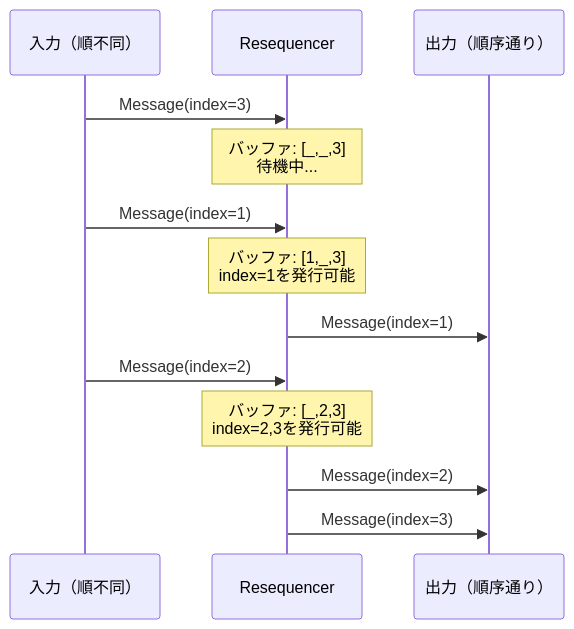
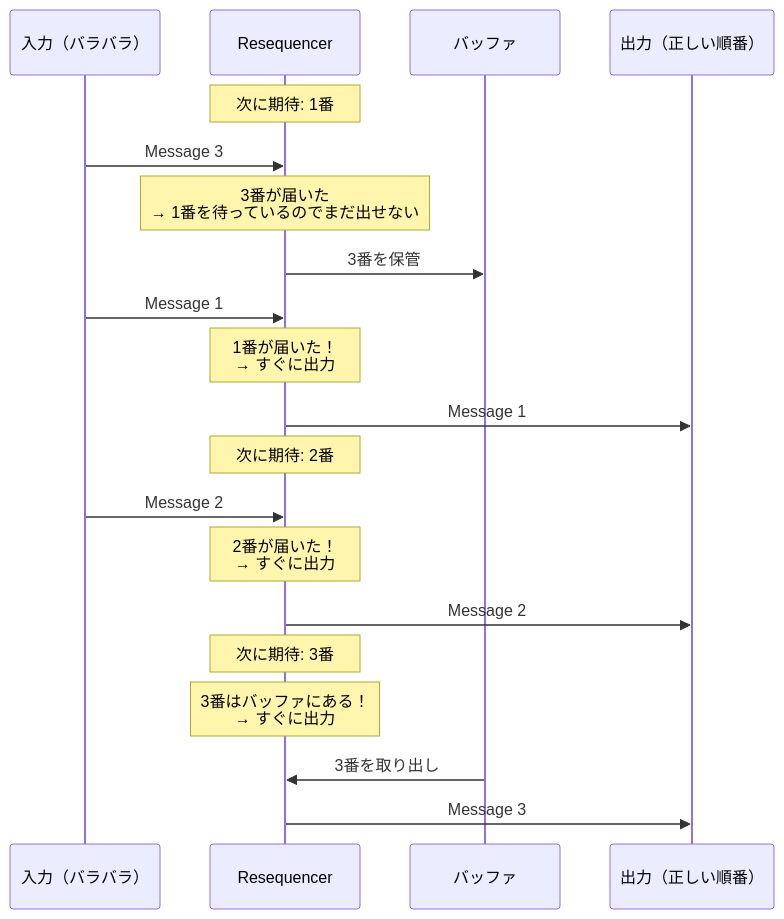
Before and after one commit to tomoikey/quartz: the fourth of 4 diagrams in content/programming/reactive_messaging_pattern/simple-routers/resequencer.md, drawn with Mermaid. The commit also changed other lines of this file and 18 other files, not shown here.

````diff
--- a/content/programming/reactive_messaging_pattern/simple-routers/resequencer.md
+++ b/content/programming/reactive_messaging_pattern/simple-routers/resequencer.md
@@ -56,18 +116,26 @@
 ```mermaid
 sequenceDiagram
-    participant IN as 入力（順不同）
+    participant IN as 入力（バラバラ）
     participant RS as Resequencer
-    participant OUT as 出力（順序通り）
+    participant BUF as バッファ
+    participant OUT as 出力（正しい順番）
 
-    IN->>RS: Message(index=3)
-    Note over RS: バッファ: [_,_,3]<br/>待機中...
+    Note over RS: 次に期待: 1番
 
-    IN->>RS: Message(index=1)
-    Note over RS: バッファ: [1,_,3]<br/>index=1を発行可能
-    RS->>OUT: Message(index=1)
+    IN->>RS: Message 3
+    Note over RS: 3番が届いた<br/>→ 1番を待っているのでまだ出せない
+    RS->>BUF: 3番を保管
 
-    IN->>RS: Message(index=2)
-    Note over RS: バッファ: [_,2,3]<br/>index=2,3を発行可能
-    RS->>OUT: Message(index=2)
-    RS->>OUT: Message(index=3)
+    IN->>RS: Message 1
+    Note over RS: 1番が届いた！<br/>→ すぐに出力
+    RS->>OUT: Message 1
+    Note over RS: 次に期待: 2番
+
+    IN->>RS: Message 2
+    Note over RS: 2番が届いた！<br/>→ すぐに出力
+    RS->>OUT: Message 2
+    Note over RS: 次に期待: 3番
+    Note over RS: 3番はバッファにある！<br/>→ すぐに出力
+    BUF->>RS: 3番を取り出し
+    RS->>OUT: Message 3
 ```
````
